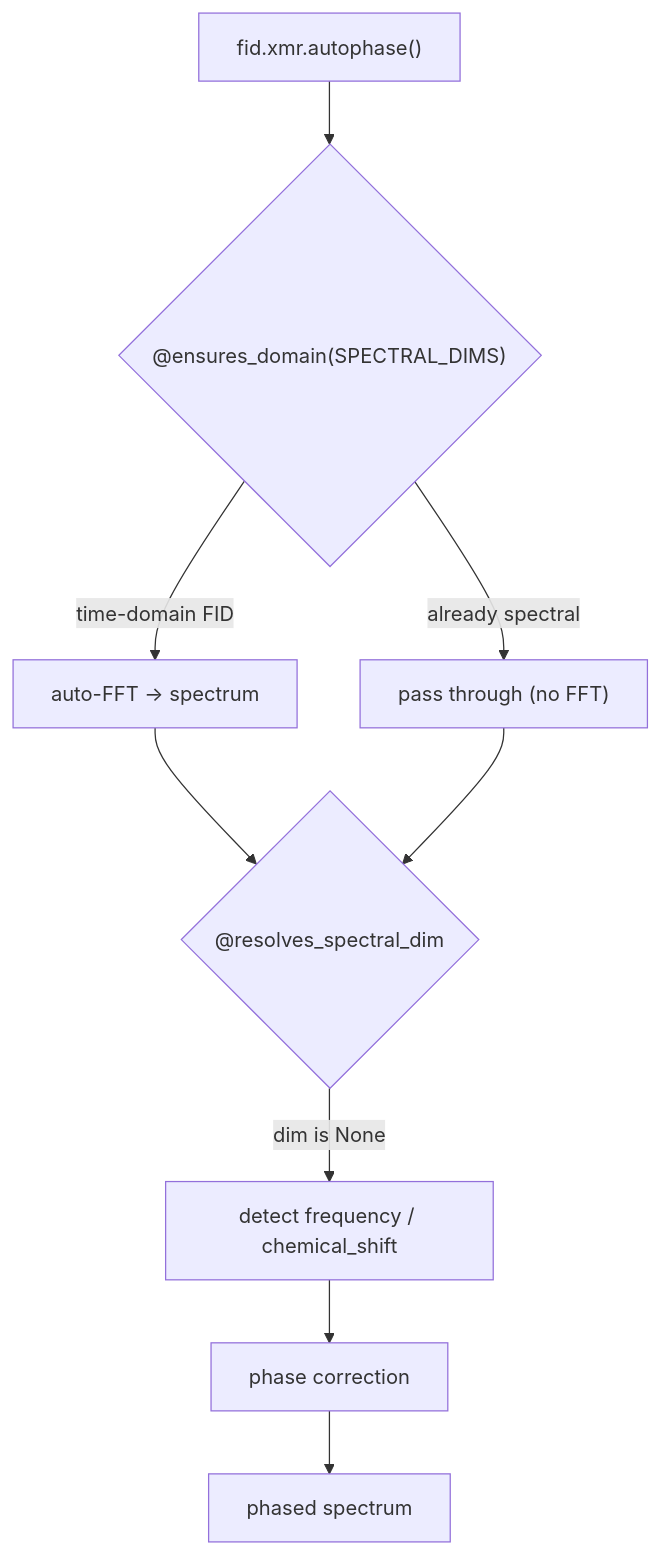
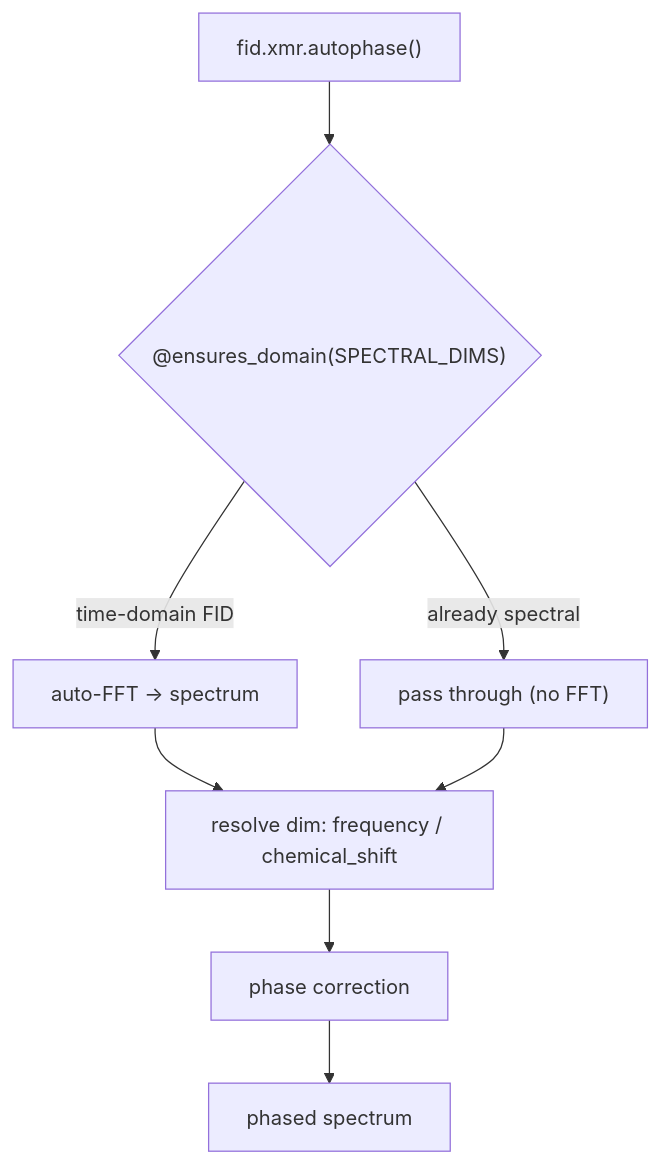
One commit to andrewendlinger/xmris changed the diagram in docs/notebooks/pipeline/domain_agnostic_autophase.md. Above: the diagram before and after it, drawn with Mermaid. The commit also changed other lines of this file and 6 other files, not shown here.

````diff
--- a/docs/notebooks/pipeline/domain_agnostic_autophase.md
+++ b/docs/notebooks/pipeline/domain_agnostic_autophase.md
@@ -52,11 +57,10 @@
 ```mermaid
 flowchart TD
     A["fid.xmr.autophase()"] --> B{"@ensures_domain(SPECTRAL_DIMS)"}
     B -- "time-domain FID" --> C["auto-FFT → spectrum"]
     B -- "already spectral" --> D["pass through (no FFT)"]
-    C --> E{"@resolves_spectral_dim"}
+    C --> E["resolve dim: frequency / chemical_shift"]
     D --> E
-    E -- "dim is None" --> F["detect frequency / chemical_shift"]
-    F --> G["phase correction"]
-    G --> H["phased spectrum"]
+    E --> F["phase correction"]
+    F --> G["phased spectrum"]
 ```
````
